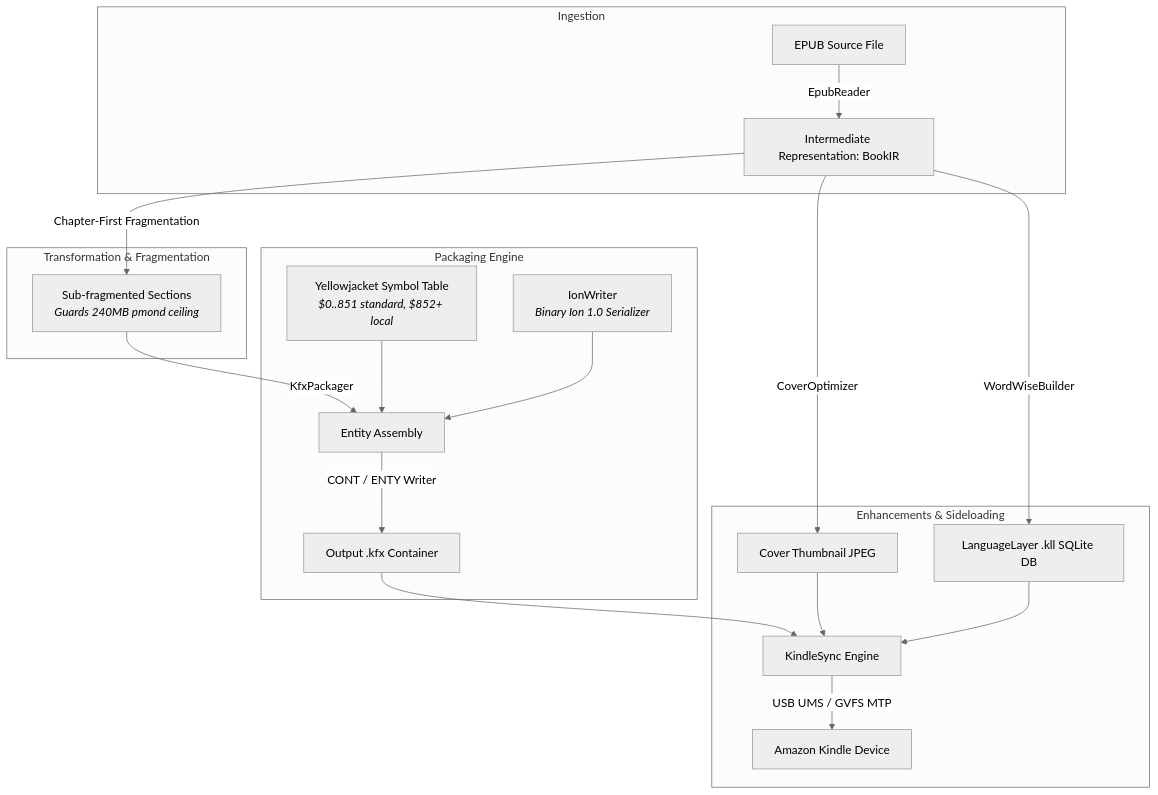
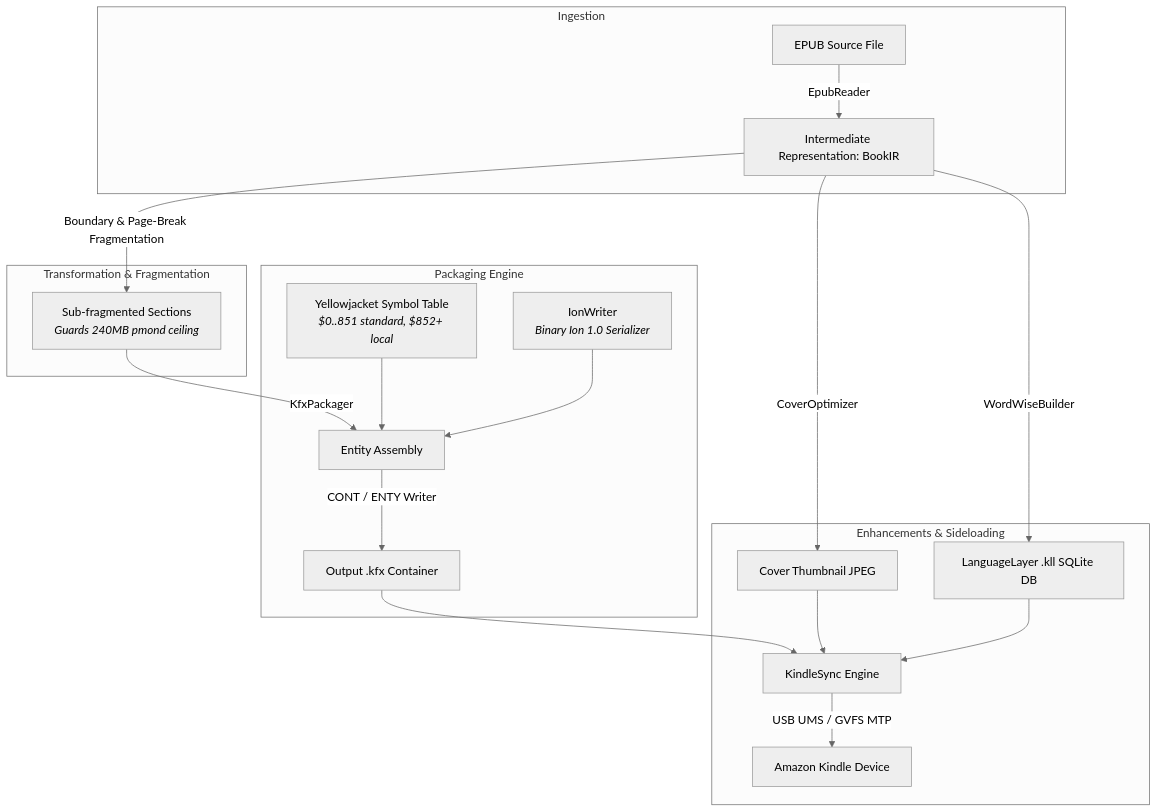
The diagram in README.md (hwanjongyu/kfx_converter), drawn with Mermaid (neutral theme) before and after one commit. The commit also changed other lines of this file and 47 other files, not shown here.

````diff
--- a/README.md
+++ b/README.md
@@ -46,26 +47,26 @@
 ```mermaid
 flowchart TD
     subgraph Ingestion
         EPUB[EPUB Source File] -->|EpubReader| IR[Intermediate Representation: BookIR]
     end
 
     subgraph Transformation & Fragmentation
-        IR -->|Chapter-First Fragmentation| FRAG[Sub-fragmented Sections <br/><i>Guards 240MB pmond ceiling</i>]
+        IR -->|Boundary & Page-Break Fragmentation| FRAG[Sub-fragmented Sections <br/><i>Guards 240MB pmond ceiling</i>]
     end
 
     subgraph Packaging Engine
         FRAG -->|KfxPackager| PKG[Entity Assembly]
         SYM[Yellowjacket Symbol Table<br/><i>$0..851 standard, $852+ local</i>] --> PKG
         ION[IonWriter<br/><i>Binary Ion 1.0 Serializer</i>] --> PKG
         PKG -->|CONT / ENTY Writer| KFX[Output .kfx Container]
     end
 
     subgraph Enhancements & Sideloading
         IR -->|CoverOptimizer| THUMB[Cover Thumbnail JPEG]
         IR -->|WordWiseBuilder| KLL[LanguageLayer .kll SQLite DB]
         KFX --> SYNC[KindleSync Engine]
         THUMB --> SYNC
         KLL --> SYNC
         SYNC -->|USB UMS / GVFS MTP| KINDLE[Amazon Kindle Device]
     end
 ```
````
